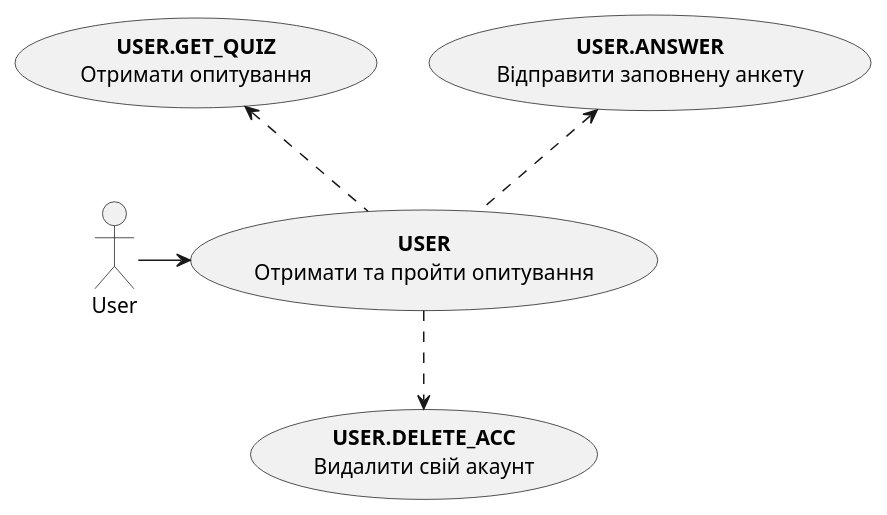
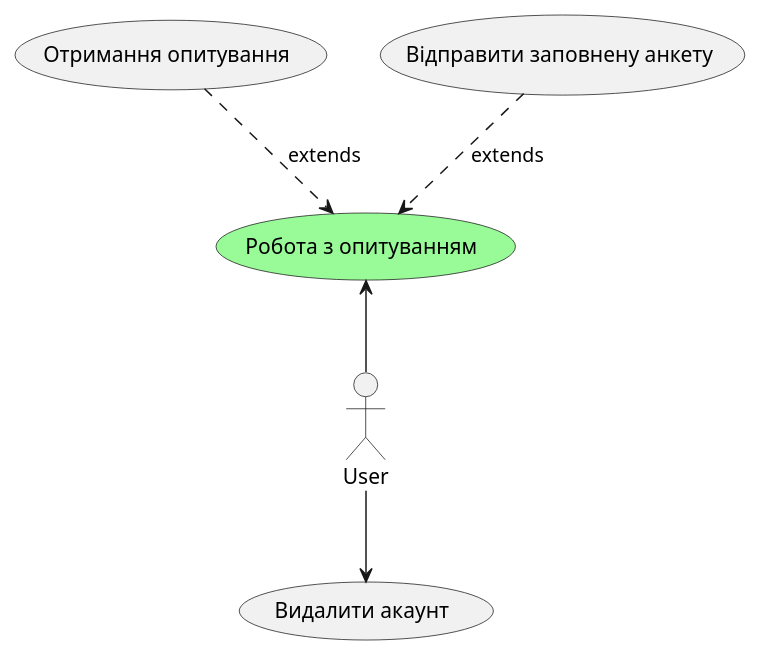
The third of 22 diagrams in docs/use cases/README.md (michigang1/ImForms), drawn with PlantUML before and after one commit. The commit also changed other lines of this file, not shown here.

Commit message:
added new diagrams

```diff
--- a/docs/use cases/README.md
+++ b/docs/use cases/README.md
@@ -55,15 +68,16 @@
 @startuml
-actor User
+  actor User
+  
+  usecase "Робота з опитуванням" as UO #palegreen
+  
+  usecase "Отримання опитування" as UG
+  usecase "Відправити заповнену анкету" as US
 
-usecase "<b>USER\nОтримати та пройти опитування" as U
-
-usecase "<b>USER.ANSWER\nВідправити заповнену анкету" as UA
-usecase "<b>USER.GET_QUIZ\nОтримати опитування" as UG
-usecase "<b>USER.DELETE_ACC\nВидалити свій акаунт" as UD
-
-User -r-> U
-
-U .u.> UA
-U .u.> UG
-U .d.> UD
+  usecase "Видалити акаунт" as UD
+  
+  User -u-> UO
+  User -d-> UD
+  
+  UG .d.> UO :extends
+  US .d.> UO :extends
 @enduml
```
